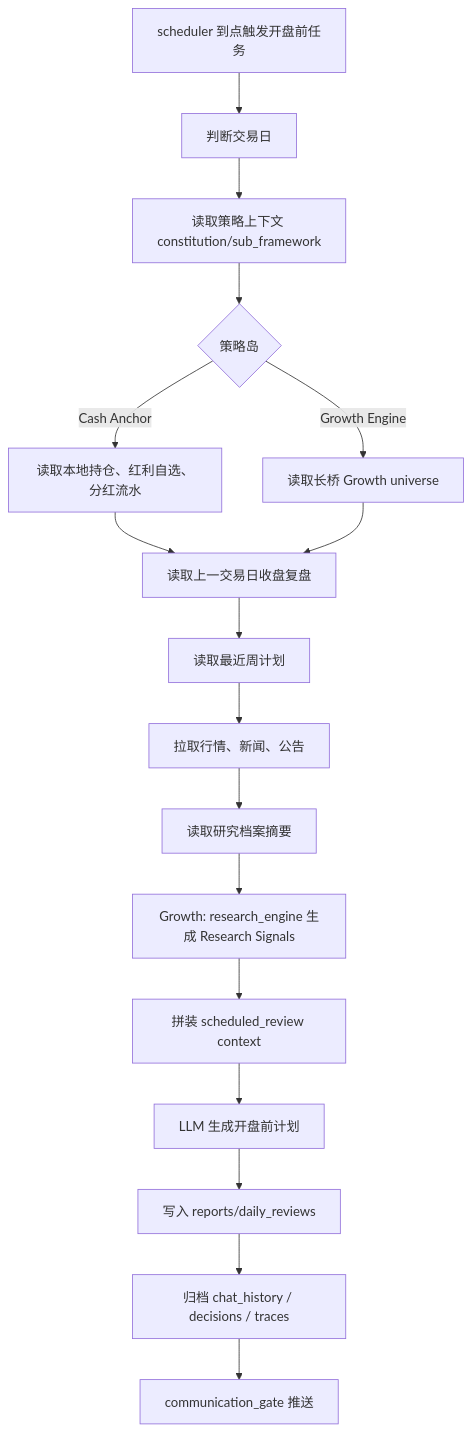
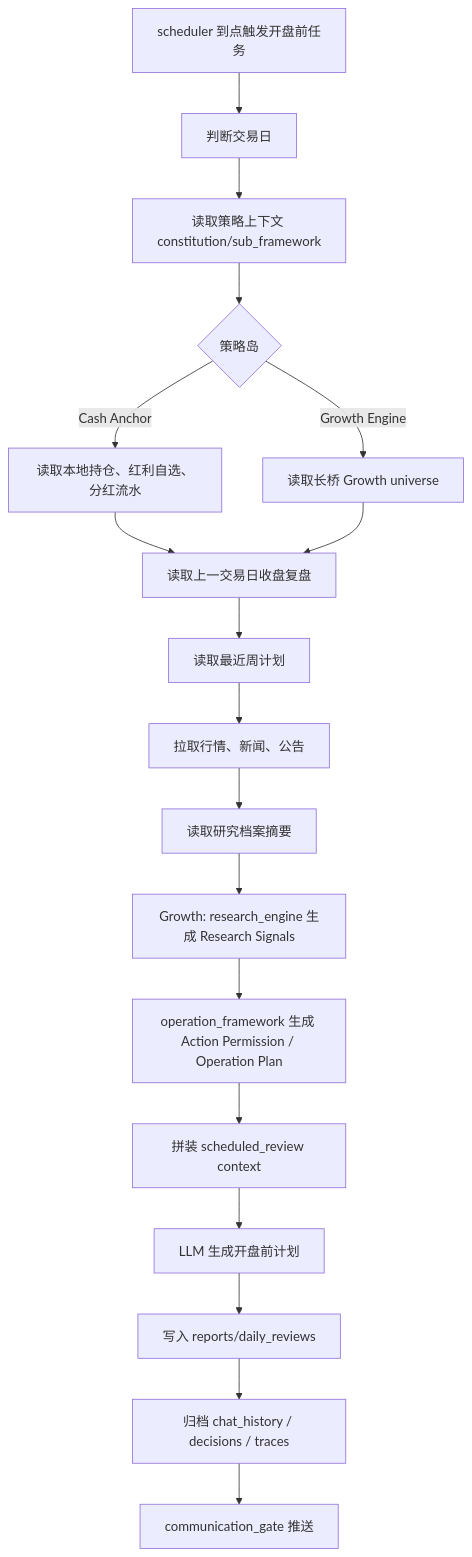
The first of 4 diagrams in docs/需求分析文档.md (dyccodehome/private-investment-butler), drawn with Mermaid before and after one commit. The commit also changed other lines of this file and 11 other files, not shown here.

Commit message:
Add operation framework MVP

````diff
--- a/docs/需求分析文档.md
+++ b/docs/需求分析文档.md
@@ -179,19 +204,20 @@
 ```mermaid
 flowchart TD
   A["scheduler 到点触发开盘前任务"] --> B["判断交易日"]
   B --> C["读取策略上下文 constitution/sub_framework"]
   C --> D{"策略岛"}
   D -- "Cash Anchor" --> E["读取本地持仓、红利自选、分红流水"]
   D -- "Growth Engine" --> F["读取长桥 Growth universe"]
   E --> G["读取上一交易日收盘复盘"]
   F --> G
   G --> H["读取最近周计划"]
   H --> I["拉取行情、新闻、公告"]
   I --> J["读取研究档案摘要"]
   J --> K["Growth: research_engine 生成 Research Signals"]
-  K --> L["拼装 scheduled_review context"]
-  L --> M["LLM 生成开盘前计划"]
-  M --> N["写入 reports/daily_reviews"]
-  N --> O["归档 chat_history / decisions / traces"]
-  O --> P["communication_gate 推送"]
+  K --> L["operation_framework 生成 Action Permission / Operation Plan"]
+  L --> M["拼装 scheduled_review context"]
+  M --> N["LLM 生成开盘前计划"]
+  N --> O["写入 reports/daily_reviews"]
+  O --> P["归档 chat_history / decisions / traces"]
+  P --> Q["communication_gate 推送"]
 ```
````
